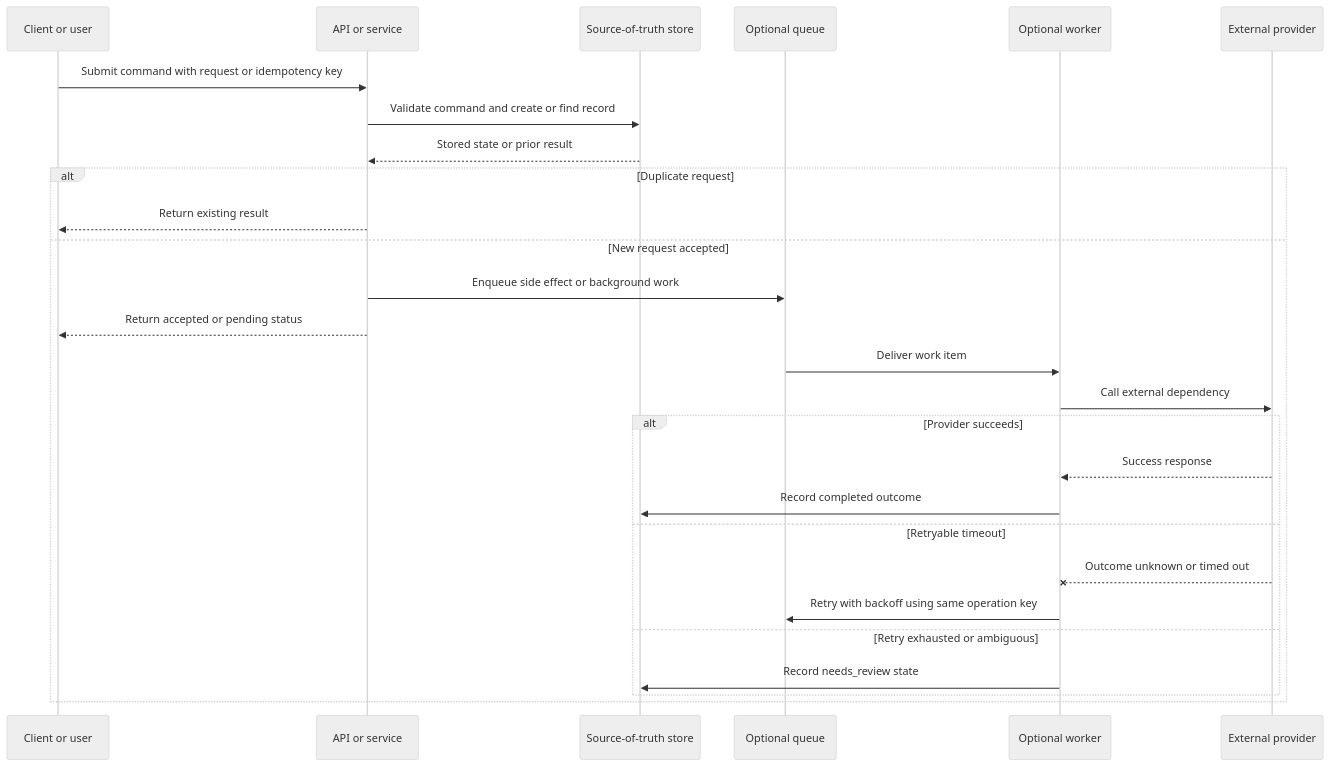
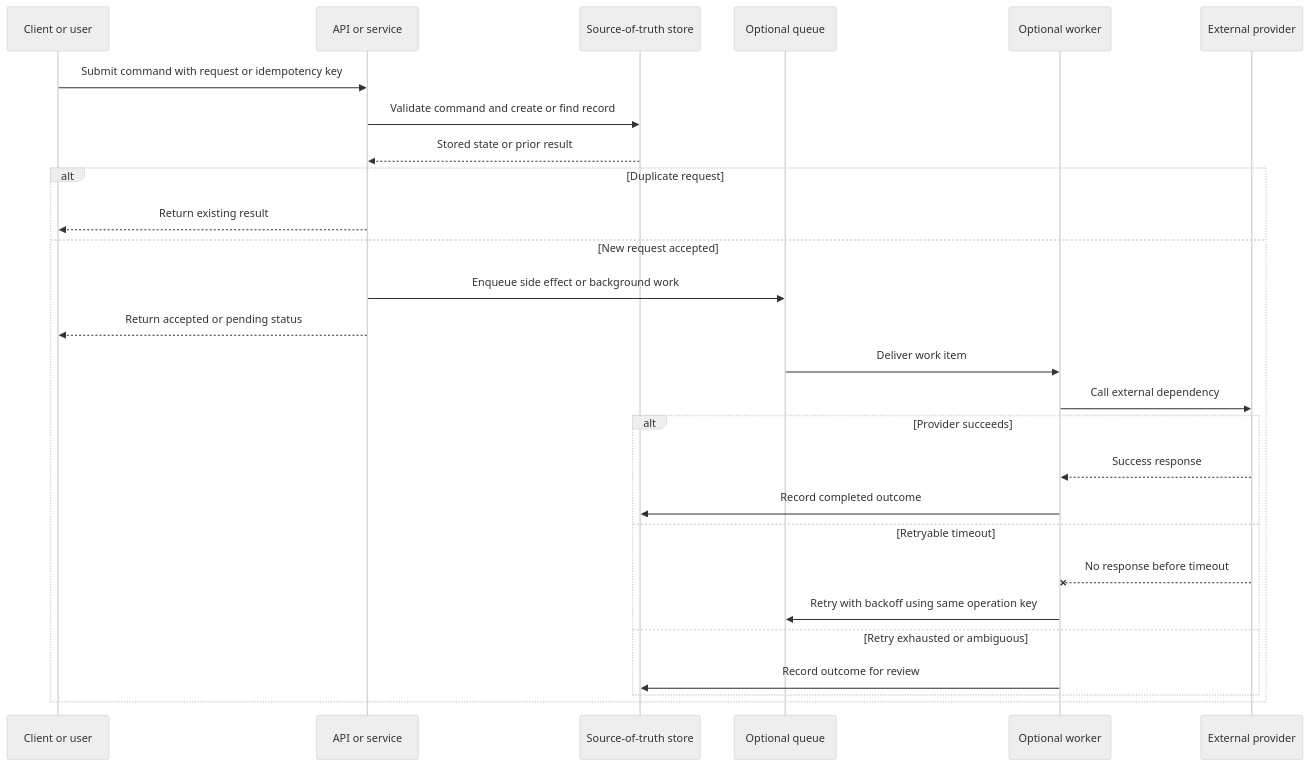
The diagram in templates/sequence-diagram-template.md (LeonSilva15/system-design), drawn with Mermaid (neutral theme) before and after one commit. The commit also changed 1 other file, not shown here.

Commit message:
docs(templates): SDC-E13-T05 clarify sequence template wording

````diff
--- a/templates/sequence-diagram-template.md
+++ b/templates/sequence-diagram-template.md
@@ -21,38 +21,38 @@
 ```mermaid
 sequenceDiagram
     %% Rename participants to match the page's concrete scenario.
     %% Delete optional participants and branches that do not affect the decision.
     participant Client as Client or user
     participant API as API or service
     participant Store as Source-of-truth store
     participant Queue as Optional queue
     participant Worker as Optional worker
     participant Provider as External provider
 
     %% Synchronous request flow.
     Client->>API: Submit command with request or idempotency key
     API->>Store: Validate command and create or find record
     Store-->>API: Stored state or prior result
 
     alt Duplicate request
         API-->>Client: Return existing result
     else New request accepted
         %% Async handoff is optional. Remove it for purely synchronous flows.
         API->>Queue: Enqueue side effect or background work
         API-->>Client: Return accepted or pending status
 
         %% Async workflow.
         Queue->>Worker: Deliver work item
         Worker->>Provider: Call external dependency
 
         alt Provider succeeds
             Provider-->>Worker: Success response
             Worker->>Store: Record completed outcome
         else Retryable timeout
-            Provider--xWorker: Outcome unknown or timed out
+            Provider--xWorker: No response before timeout
             Worker->>Queue: Retry with backoff using same operation key
         else Retry exhausted or ambiguous
-            Worker->>Store: Record needs_review state
+            Worker->>Store: Record outcome for review
         end
     end
 ```
````
